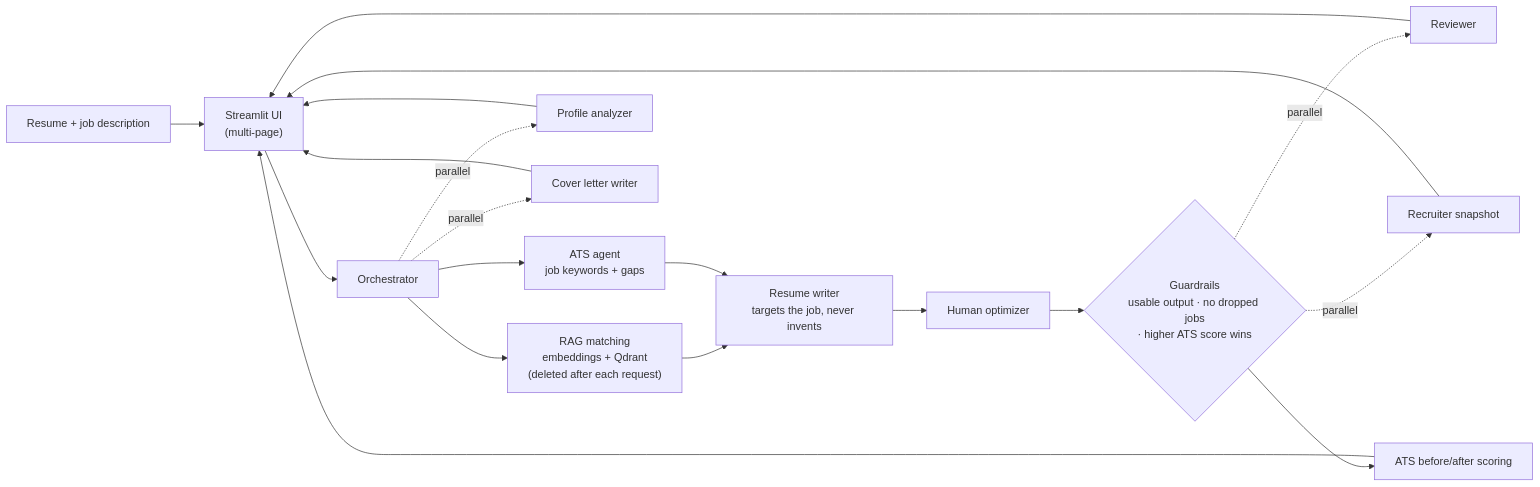
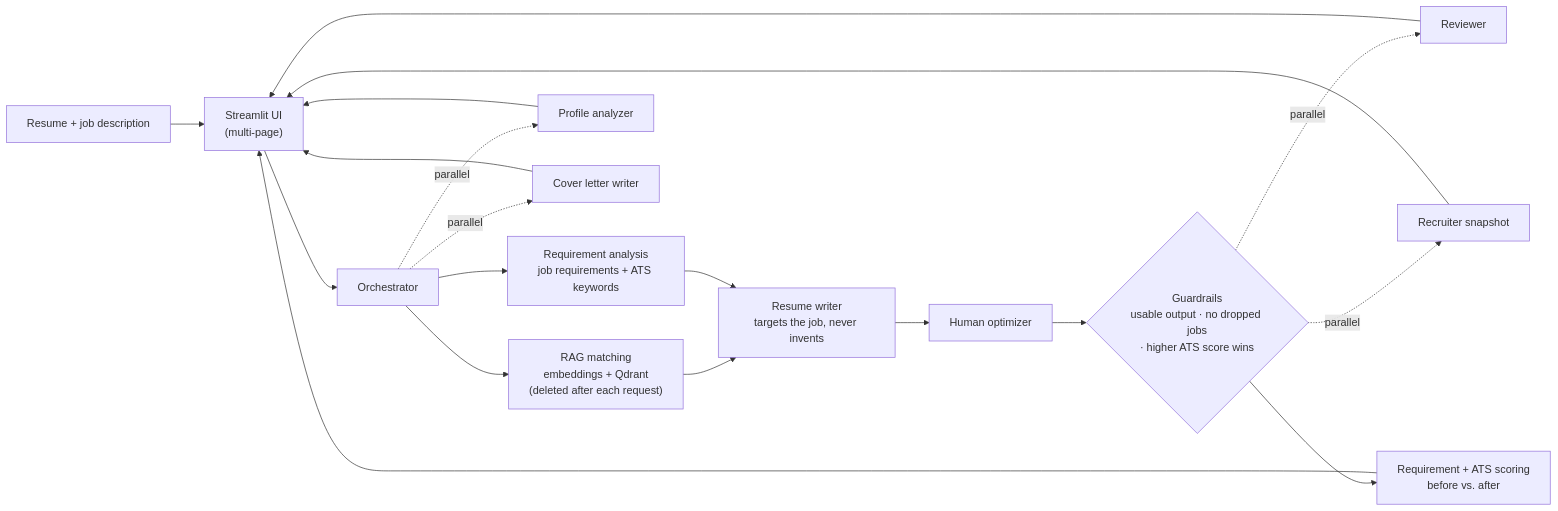
Before and after one commit to Madhav1025g/CareerLoom: the diagram in README.md, drawn with Mermaid. The commit also changed other lines of this file and 8 other files, not shown here.

First line of the commit message:
Score resumes by requirement match, like a recruiter, alongside ATS match

````diff
--- a/README.md
+++ b/README.md
@@ -34,21 +39,21 @@
 ```mermaid
 flowchart LR
     U["Resume + job description"] --> UI["Streamlit UI<br/>(multi-page)"]
     UI --> O["Orchestrator"]
     O --> RAG["RAG matching<br/>embeddings + Qdrant<br/>(deleted after each request)"]
-    O --> ATS["ATS agent<br/>job keywords + gaps"]
+    O --> ATS["Requirement analysis<br/>job requirements + ATS keywords"]
     O -. parallel .-> PA["Profile analyzer"]
     O -. parallel .-> CL["Cover letter writer"]
     RAG --> W["Resume writer<br/>targets the job, never invents"]
     ATS --> W
     W --> H["Human optimizer"]
     H --> G{"Guardrails<br/>usable output · no dropped jobs<br/>· higher ATS score wins"}
     G -. parallel .-> RV["Reviewer"]
     G -. parallel .-> SN["Recruiter snapshot"]
-    G --> SC["ATS before/after scoring"]
+    G --> SC["Requirement + ATS scoring<br/>before vs. after"]
     RV --> UI
     SN --> UI
     SC --> UI
     PA --> UI
     CL --> UI
 ```
````
